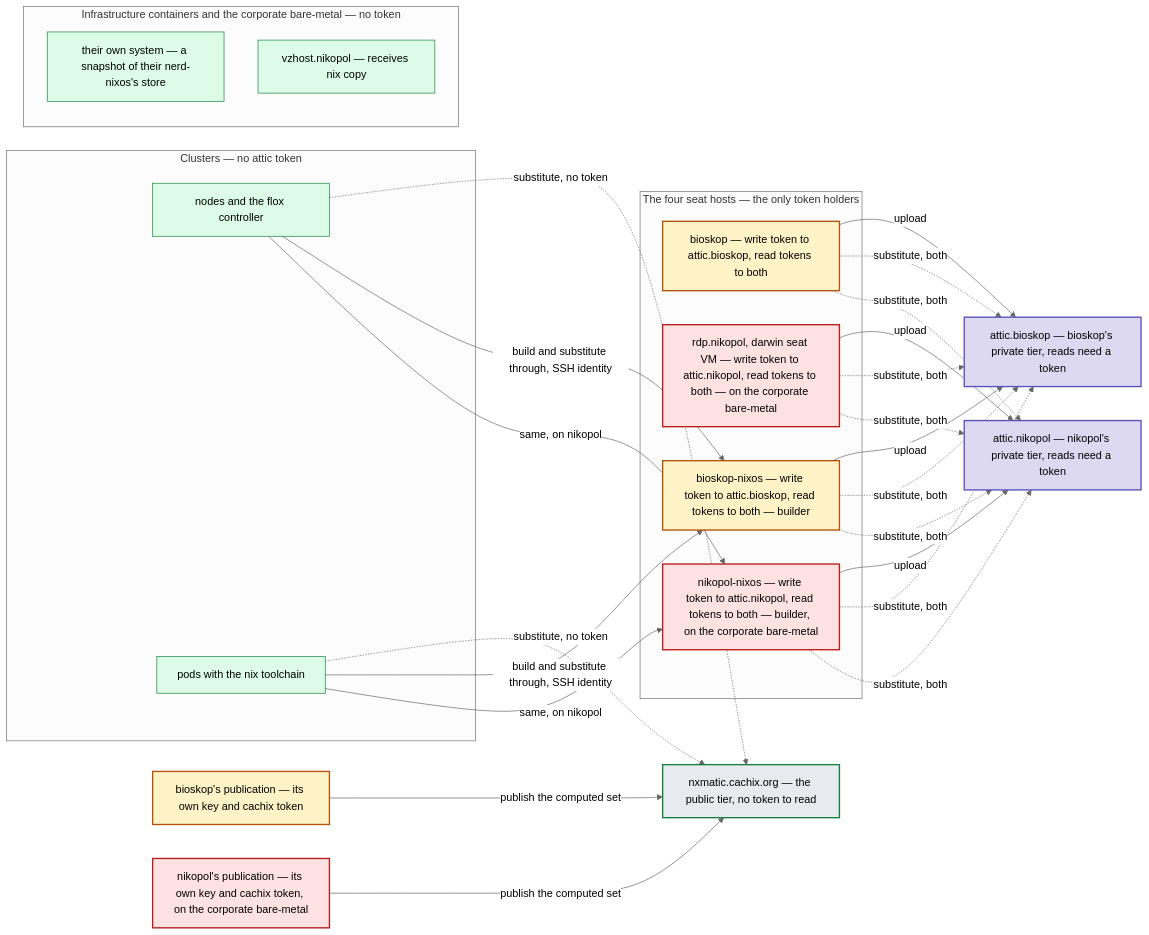
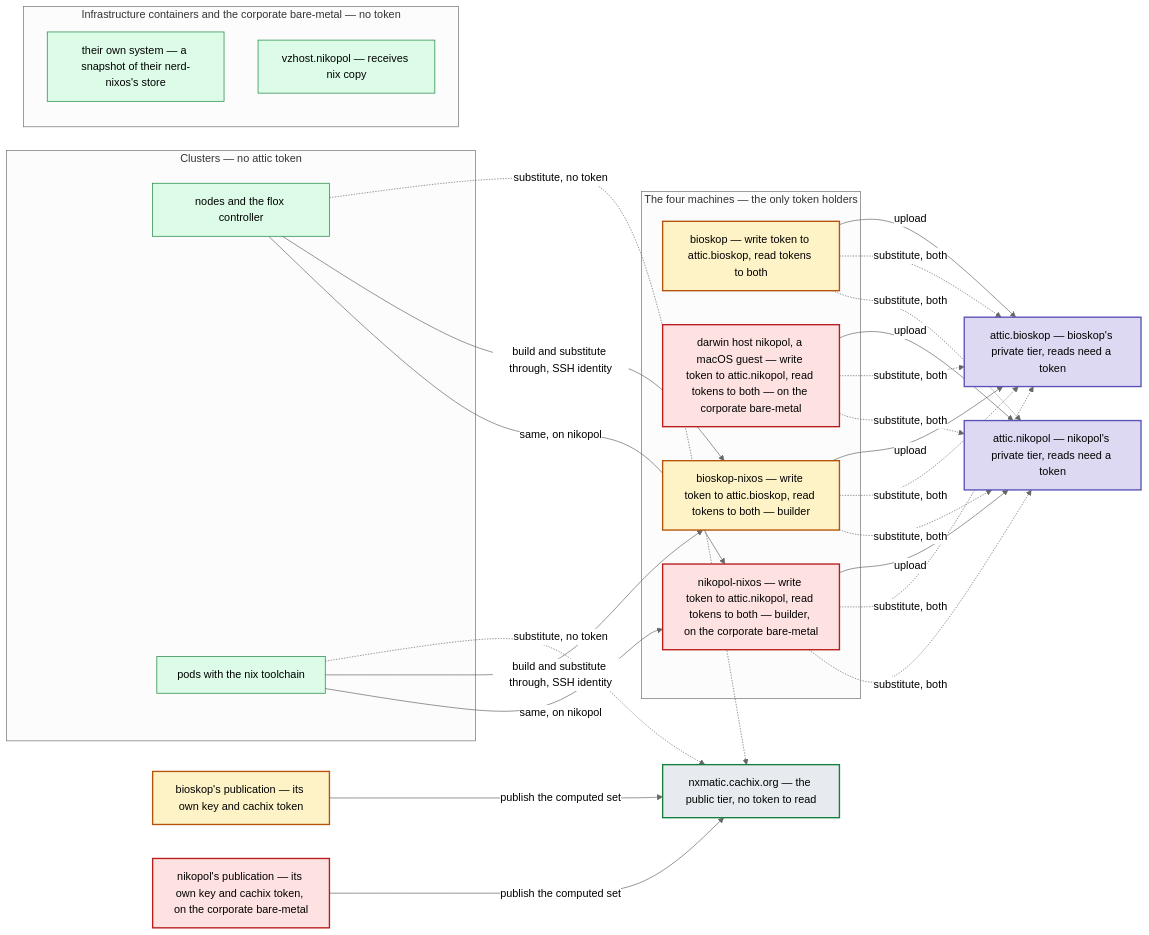
Before and after one commit to seedmatic/ndh: diagram 13 of 14 in docs/private-binary-cache-spec.adoc, drawn with Mermaid (neutral theme). The commit also changed other lines of this file, not shown here.

```diff
--- a/docs/private-binary-cache-spec.adoc
+++ b/docs/private-binary-cache-spec.adoc
@@ -1862,37 +1871,37 @@
 [mermaid]
 ....
 flowchart LR
-  subgraph HOSTS["The four seat hosts — the only token holders"]
+  subgraph HOSTS["The four machines — the only token holders"]
     h1["bioskop — write token to attic.bioskop, read tokens to both"]:::writer
-    h2["rdp.nikopol, darwin seat VM — write token to attic.nikopol, read tokens to both — on the corporate bare-metal"]:::corp
+    h2["darwin host nikopol, a macOS guest — write token to attic.nikopol, read tokens to both — on the corporate bare-metal"]:::corp
     h3["bioskop-nixos — write token to attic.bioskop, read tokens to both — builder"]:::writer
     h4["nikopol-nixos — write token to attic.nikopol, read tokens to both — builder, on the corporate bare-metal"]:::corp
   end
   subgraph CLUSTERS["Clusters — no attic token"]
     n1["nodes and the flox controller"]:::none
     p1["pods with the nix toolchain"]:::none
   end
   subgraph INFRA["Infrastructure containers and the corporate bare-metal — no token"]
     c1["their own system — a snapshot of their nerd-nixos's store"]:::none
     vz["vzhost.nikopol — receives nix copy"]:::none
   end
   attB["attic.bioskop — bioskop's private tier, reads need a token"]:::cache
   attN["attic.nikopol — nikopol's private tier, reads need a token"]:::cache
   cx["nxmatic.cachix.org — the public tier, no token to read"]:::pub
   fj["bioskop's publication — its own key and cachix token"]:::writer
   fjn["nikopol's publication — its own key and cachix token, on the corporate bare-metal"]:::corp
 
   h1 & h3 -->|"upload"| attB
   h2 & h4 -->|"upload"| attN
   h1 & h2 & h3 & h4 -.->|"substitute, both"| attB & attN
   fj & fjn -->|"publish the computed set"| cx
   n1 & p1 -.->|"substitute, no token"| cx
   n1 & p1 -->|"build and substitute through, SSH identity"| h3
   n1 & p1 -->|"same, on nikopol"| h4
 
   classDef writer fill:#fef3c7,stroke:#b45309,stroke-width:2px;
   classDef corp fill:#fee2e2,stroke:#b91c1c,stroke-width:2px;
   classDef none fill:#dcfce7,stroke:#15803d;
   classDef cache fill:#ddd9f2,stroke:#5b52b8,stroke-width:2px;
   classDef pub fill:#e7ebf0,stroke:#15803d,stroke-width:2px;
 ....
```
